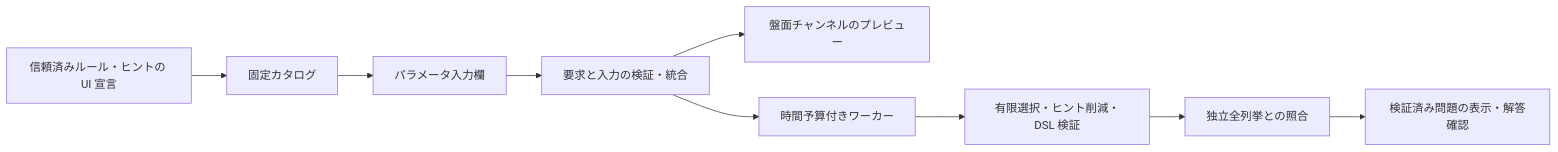
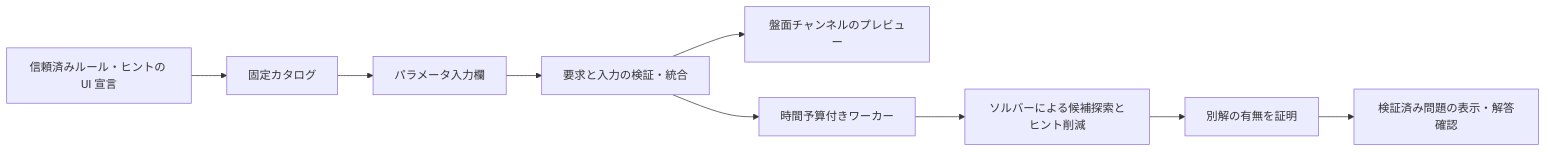
The diagram in docs/web-app.md (airtoxin/puzzle-box), drawn with Mermaid before and after one commit. The commit also changed other lines of this file and 67 other files, not shown here.

````diff
--- a/docs/web-app.md
+++ b/docs/web-app.md
@@ -138,11 +139,11 @@
 ```mermaid
 flowchart LR
   D[信頼済みルール・ヒントの UI 宣言] --> C[固定カタログ]
   C --> F[パラメータ入力欄]
   F --> V[要求と入力の検証・統合]
   V --> P[盤面チャンネルのプレビュー]
   V --> W[時間予算付きワーカー]
-  W --> G[有限選択・ヒント削減・DSL 検証]
-  G --> E[独立全列挙との照合]
+  W --> G[ソルバーによる候補探索とヒント削減]
+  G --> E[別解の有無を証明]
   E --> R[検証済み問題の表示・解答確認]
 ```
````
